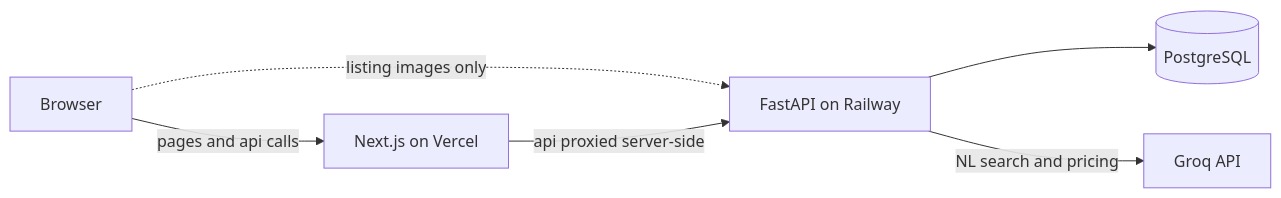
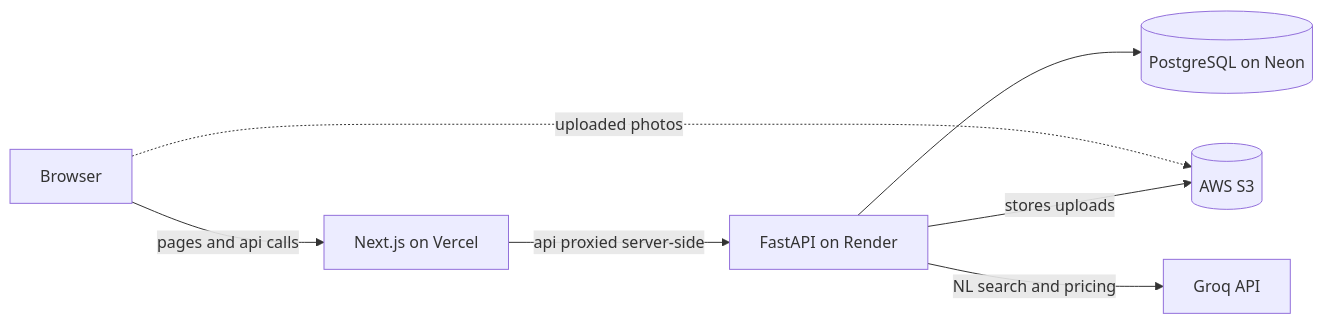
One commit to Mehdi00-7/RightWhip changed the diagram in README.md. Above: the diagram before and after it, drawn with Mermaid. The commit also changed other lines of this file, not shown here.

Commit message:
docs: README reflects Render + Neon + S3 deploy

````diff
--- a/README.md
+++ b/README.md
@@ -46,8 +46,9 @@
 ```mermaid
 flowchart LR
     B["Browser"] -->|"pages and api calls"| V["Next.js on Vercel"]
-    B -.->|"listing images only"| A["FastAPI on Railway"]
-    V -->|"api proxied server-side"| A
-    A --> P[("PostgreSQL")]
+    B -.->|"uploaded photos"| S[("AWS S3")]
+    V -->|"api proxied server-side"| A["FastAPI on Render"]
+    A --> P[("PostgreSQL on Neon")]
+    A -->|"stores uploads"| S
     A -->|"NL search and pricing"| G["Groq API"]
 ```
````
